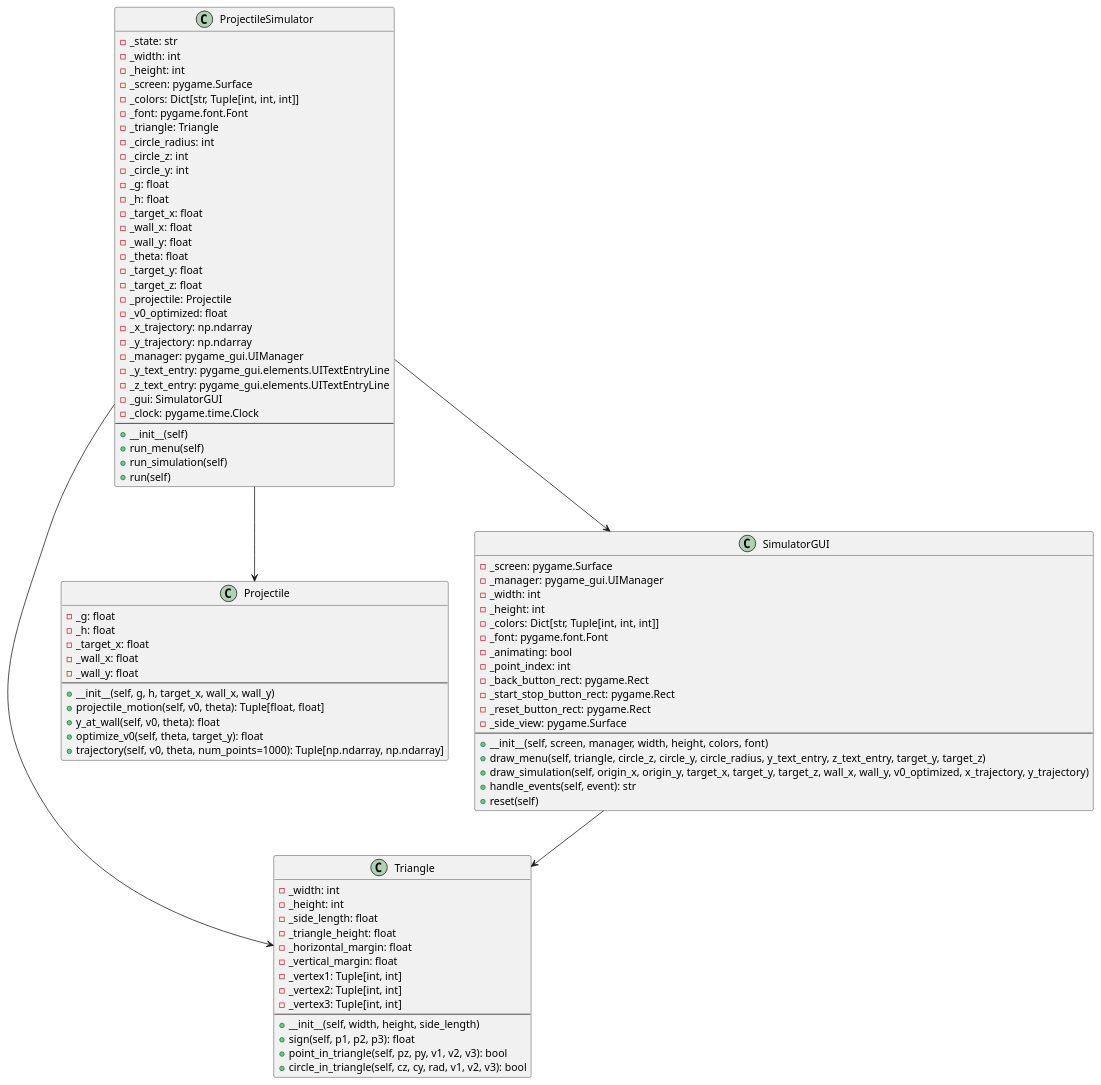
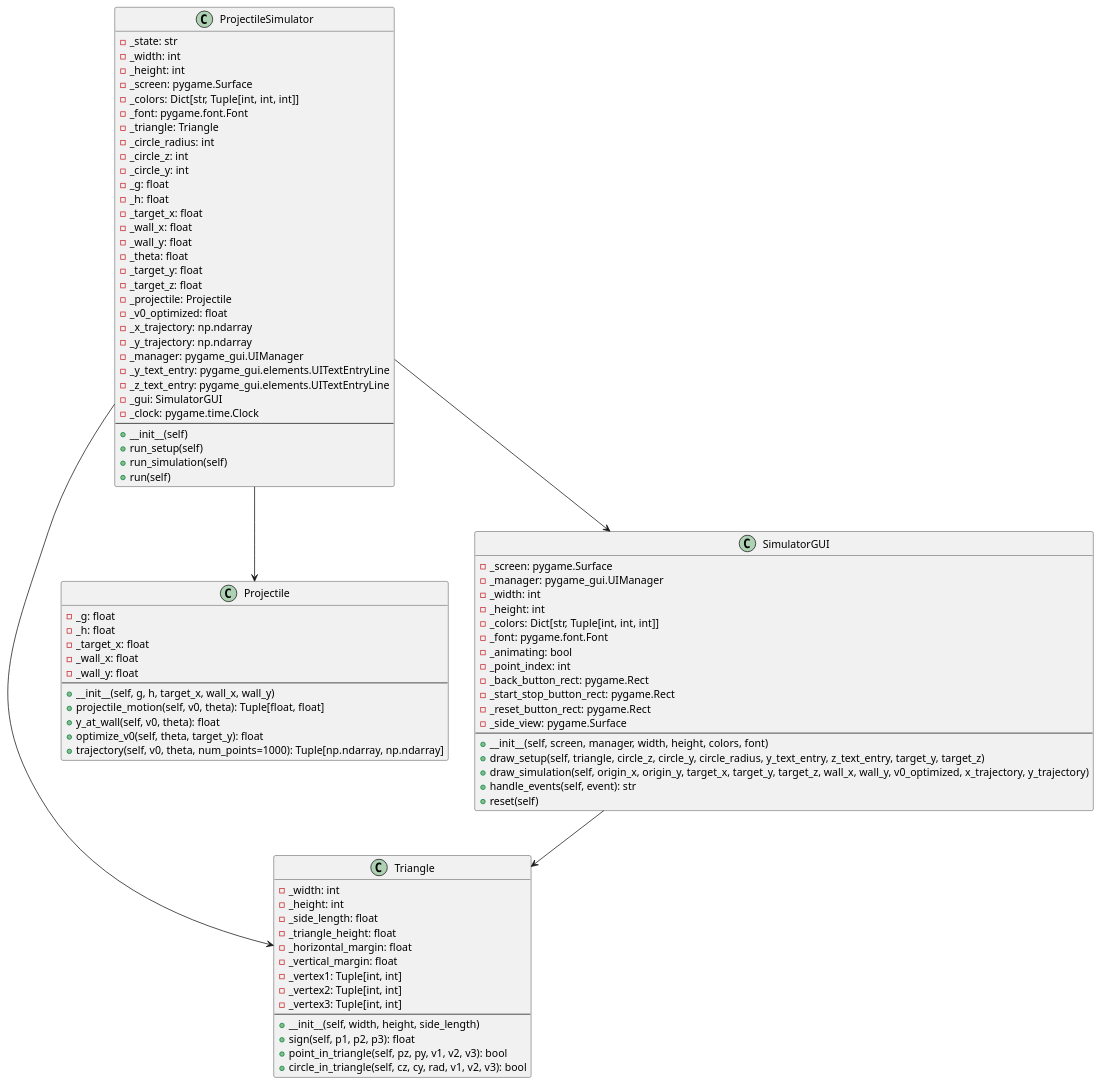
One commit to Aom-Aursudkit/Studio_G4_Simulator changed the diagram in UML_F.plantuml. Above: the diagram before and after it, drawn with PlantUML. The commit also changed 2 other files, not shown here.

Commit message:
change from menu to setup

```diff
--- a/UML_F.plantuml
+++ b/UML_F.plantuml
@@ -1,94 +1,94 @@
 @startuml
 
 class Triangle {
     - _width: int
     - _height: int
     - _side_length: float
     - _triangle_height: float
     - _horizontal_margin: float
     - _vertical_margin: float
     - _vertex1: Tuple[int, int]
     - _vertex2: Tuple[int, int]
     - _vertex3: Tuple[int, int]
     --
     + __init__(self, width, height, side_length)
     + sign(self, p1, p2, p3): float
     + point_in_triangle(self, pz, py, v1, v2, v3): bool
     + circle_in_triangle(self, cz, cy, rad, v1, v2, v3): bool
 }
 
 class Projectile {
     - _g: float
     - _h: float
     - _target_x: float
     - _wall_x: float
     - _wall_y: float
     --
     + __init__(self, g, h, target_x, wall_x, wall_y)
     + projectile_motion(self, v0, theta): Tuple[float, float]
     + y_at_wall(self, v0, theta): float
     + optimize_v0(self, theta, target_y): float
     + trajectory(self, v0, theta, num_points=1000): Tuple[np.ndarray, np.ndarray]
 }
 
 class SimulatorGUI {
     - _screen: pygame.Surface
     - _manager: pygame_gui.UIManager
     - _width: int
     - _height: int
     - _colors: Dict[str, Tuple[int, int, int]]
     - _font: pygame.font.Font
     - _animating: bool
     - _point_index: int
     - _back_button_rect: pygame.Rect
     - _start_stop_button_rect: pygame.Rect
     - _reset_button_rect: pygame.Rect
     - _side_view: pygame.Surface
     --
     + __init__(self, screen, manager, width, height, colors, font)
-    + draw_menu(self, triangle, circle_z, circle_y, circle_radius, y_text_entry, z_text_entry, target_y, target_z)
+    + draw_setup(self, triangle, circle_z, circle_y, circle_radius, y_text_entry, z_text_entry, target_y, target_z)
     + draw_simulation(self, origin_x, origin_y, target_x, target_y, target_z, wall_x, wall_y, v0_optimized, x_trajectory, y_trajectory)
     + handle_events(self, event): str
     + reset(self)
 }
 
 class ProjectileSimulator {
     - _state: str
     - _width: int
     - _height: int
     - _screen: pygame.Surface
     - _colors: Dict[str, Tuple[int, int, int]]
     - _font: pygame.font.Font
     - _triangle: Triangle
     - _circle_radius: int
     - _circle_z: int
     - _circle_y: int
     - _g: float
     - _h: float
     - _target_x: float
     - _wall_x: float
     - _wall_y: float
     - _theta: float
     - _target_y: float
     - _target_z: float
     - _projectile: Projectile
     - _v0_optimized: float
     - _x_trajectory: np.ndarray
     - _y_trajectory: np.ndarray
     - _manager: pygame_gui.UIManager
     - _y_text_entry: pygame_gui.elements.UITextEntryLine
     - _z_text_entry: pygame_gui.elements.UITextEntryLine
     - _gui: SimulatorGUI
     - _clock: pygame.time.Clock
     --
     + __init__(self)
-    + run_menu(self)
+    + run_setup(self)
     + run_simulation(self)
     + run(self)
 }
 
 ProjectileSimulator --> Triangle
 ProjectileSimulator --> Projectile
 ProjectileSimulator --> SimulatorGUI
 SimulatorGUI --> Triangle
 @enduml
```
